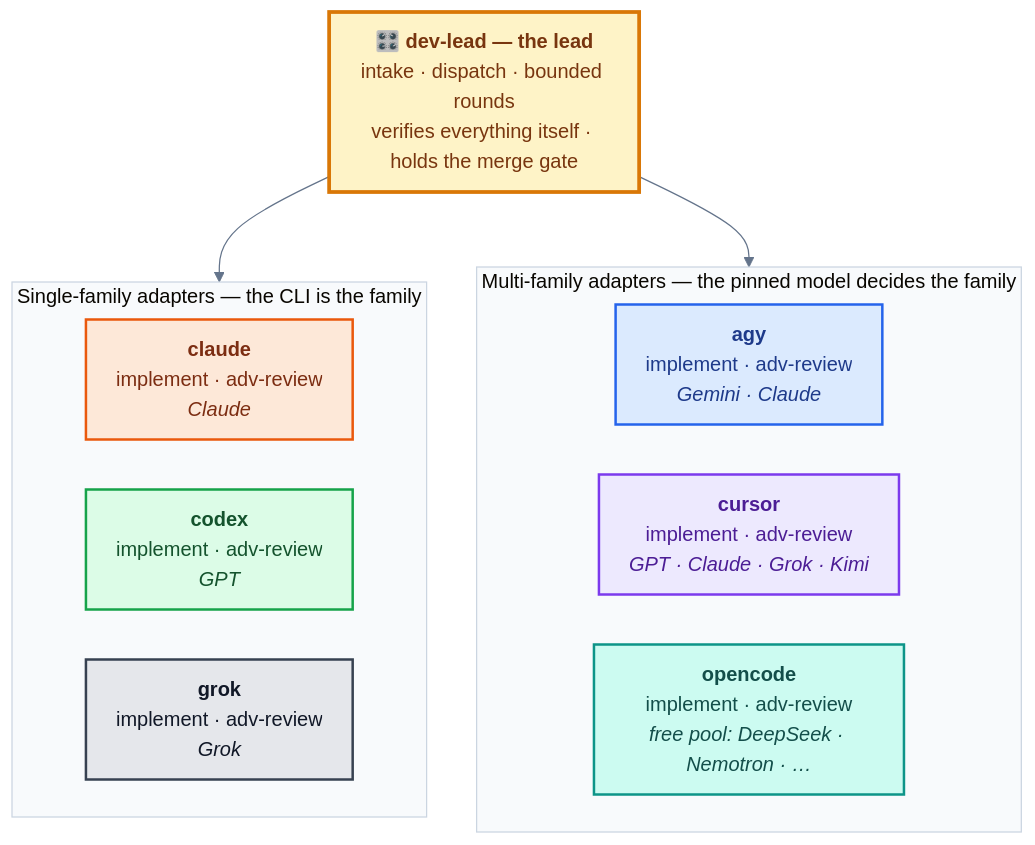
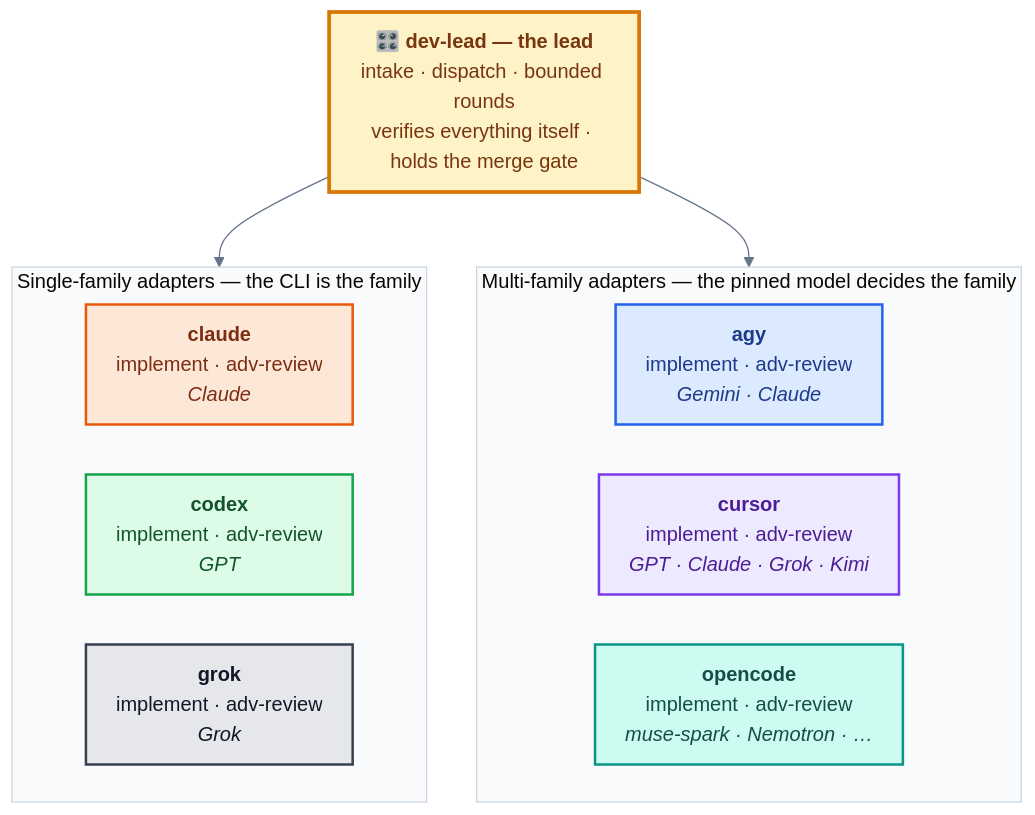
One commit to aarontzeng/dev-lead changed the first of 2 diagrams in README.md. Above: the diagram before and after it, drawn with Mermaid. The commit also changed other lines of this file and 2 other files, not shown here.

````diff
--- a/README.md
+++ b/README.md
@@ -22,37 +22,37 @@
 ```mermaid
 %%{init: {"theme": "base", "themeVariables": {"fontFamily": "ui-sans-serif, system-ui, sans-serif", "fontSize": "16px", "primaryTextColor": "#1f2937", "lineColor": "#64748b", "clusterBkg": "#f8fafc", "clusterBorder": "#cbd5e1"}, "flowchart": {"nodeSpacing": 40, "rankSpacing": 60, "padding": 12}}}%%
 flowchart TB
     LEAD["🎛️ <b>dev-lead — the lead</b><br/>intake · dispatch · bounded rounds<br/>verifies everything itself · holds the merge gate"]
 
     subgraph ONE["Single-family adapters — the CLI is the family"]
         direction LR
         C["<b>claude</b><br/>implement · adv-review<br/><i>Claude</i>"]
         X["<b>codex</b><br/>implement · adv-review<br/><i>GPT</i>"]
         G["<b>grok</b><br/>implement · adv-review<br/><i>Grok</i>"]
     end
 
     subgraph MANY["Multi-family adapters — the pinned model decides the family"]
         direction LR
         A["<b>agy</b><br/>implement · adv-review<br/><i>Gemini · Claude</i>"]
         U["<b>cursor</b><br/>implement · adv-review<br/><i>GPT · Claude · Grok · Kimi</i>"]
-        O["<b>opencode</b><br/>implement · adv-review<br/><i>free pool: DeepSeek · Nemotron · …</i>"]
+        O["<b>opencode</b><br/>implement · adv-review<br/><i>muse-spark · Nemotron · …</i>"]
     end
 
     LEAD --> ONE
     LEAD --> MANY
 
     classDef lead fill:#fef3c7,stroke:#d97706,stroke-width:3px,color:#78350f
     classDef claude fill:#fde8d8,stroke:#ea580c,stroke-width:2px,color:#7c2d12
     classDef gpt fill:#dcfce7,stroke:#16a34a,stroke-width:2px,color:#14532d
     classDef grok fill:#e5e7eb,stroke:#374151,stroke-width:2px,color:#111827
     classDef gemini fill:#dbeafe,stroke:#2563eb,stroke-width:2px,color:#1e3a8a
     classDef multi fill:#ede9fe,stroke:#7c3aed,stroke-width:2px,color:#4c1d95
     classDef free fill:#ccfbf1,stroke:#0d9488,stroke-width:2px,color:#134e4a
     class LEAD lead
     class C claude
     class X gpt
     class G grok
     class A gemini
     class U multi
     class O free
 ```
````
